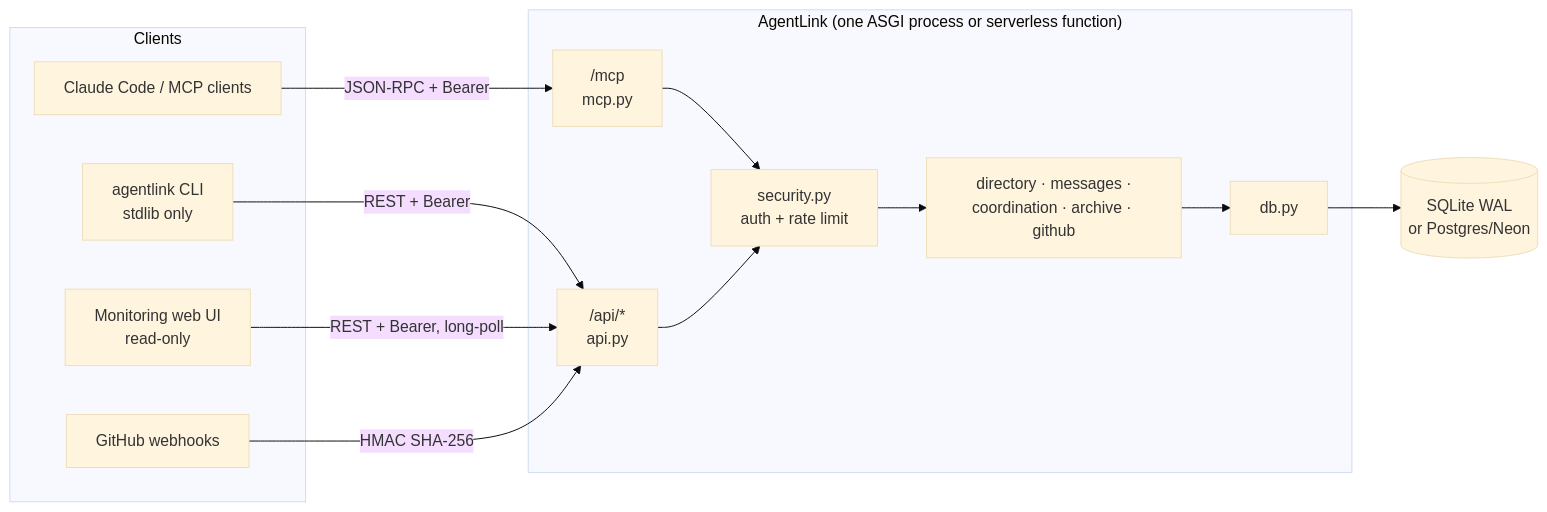
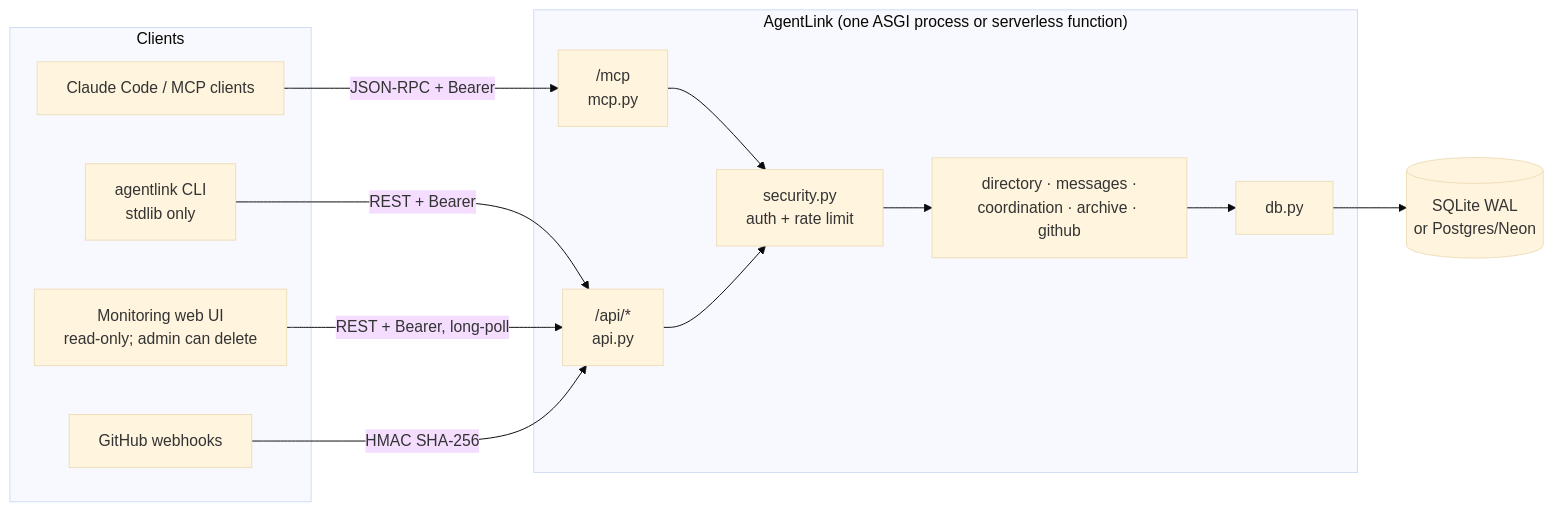
The diagram in docs/ARCHITECTURE.md (0xAnbu/agentics), drawn with Mermaid (base theme) before and after one commit. The commit also changed other lines of this file and 12 other files, not shown here.

````diff
--- a/docs/ARCHITECTURE.md
+++ b/docs/ARCHITECTURE.md
@@ -5,24 +5,24 @@
 ```mermaid
 flowchart LR
   subgraph Clients
     CC[Claude Code / MCP clients]
     CLI[agentlink CLI<br/>stdlib only]
-    UI[Monitoring web UI<br/>read-only]
+    UI[Monitoring web UI<br/>read-only; admin can delete]
     GH[GitHub webhooks]
   end
   subgraph AgentLink["AgentLink (one ASGI process or serverless function)"]
     MCP["/mcp<br/>mcp.py"]
     REST["/api/*<br/>api.py"]
     SEC[security.py<br/>auth + rate limit]
     SVC[directory · messages ·<br/>coordination · archive · github]
     DB[db.py]
   end
   STORE[(SQLite WAL<br/>or Postgres/Neon)]
   CC -->|JSON-RPC + Bearer| MCP
   CLI -->|REST + Bearer| REST
   UI -->|REST + Bearer, long-poll| REST
   GH -->|HMAC SHA-256| REST
   MCP --> SEC
   REST --> SEC
   SEC --> SVC --> DB --> STORE
 ```
````
